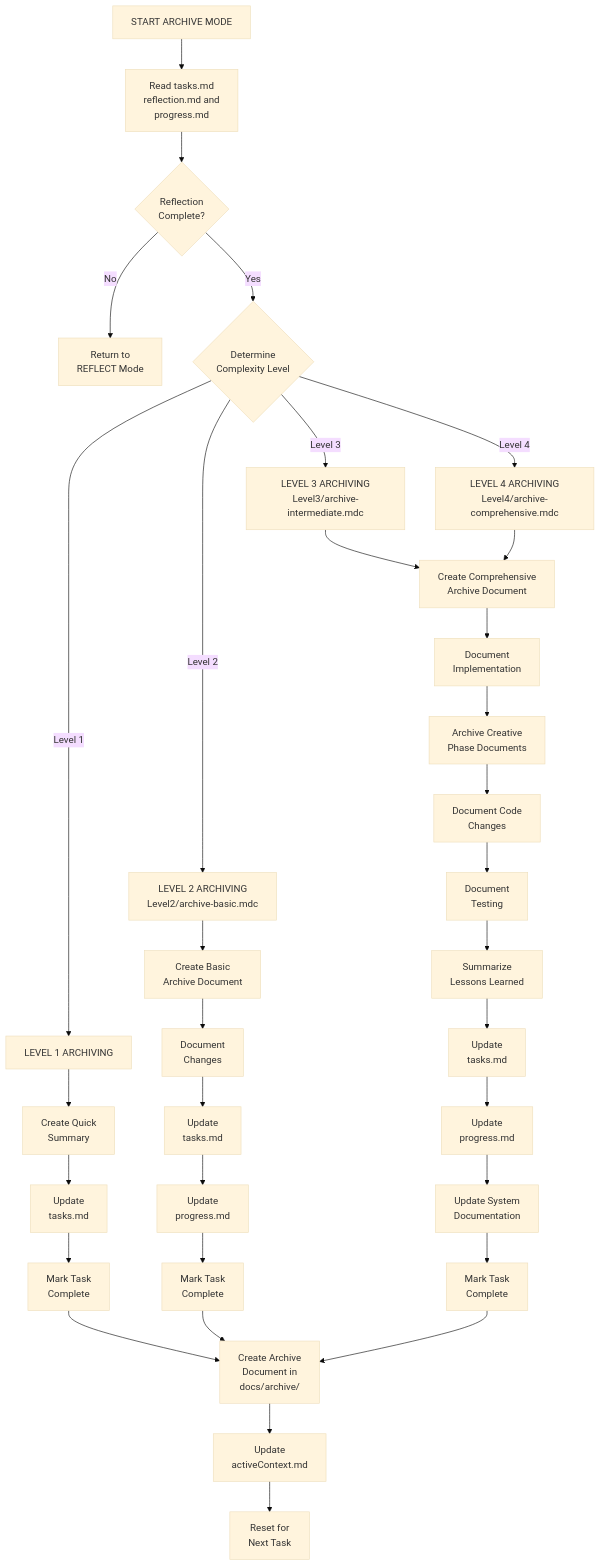
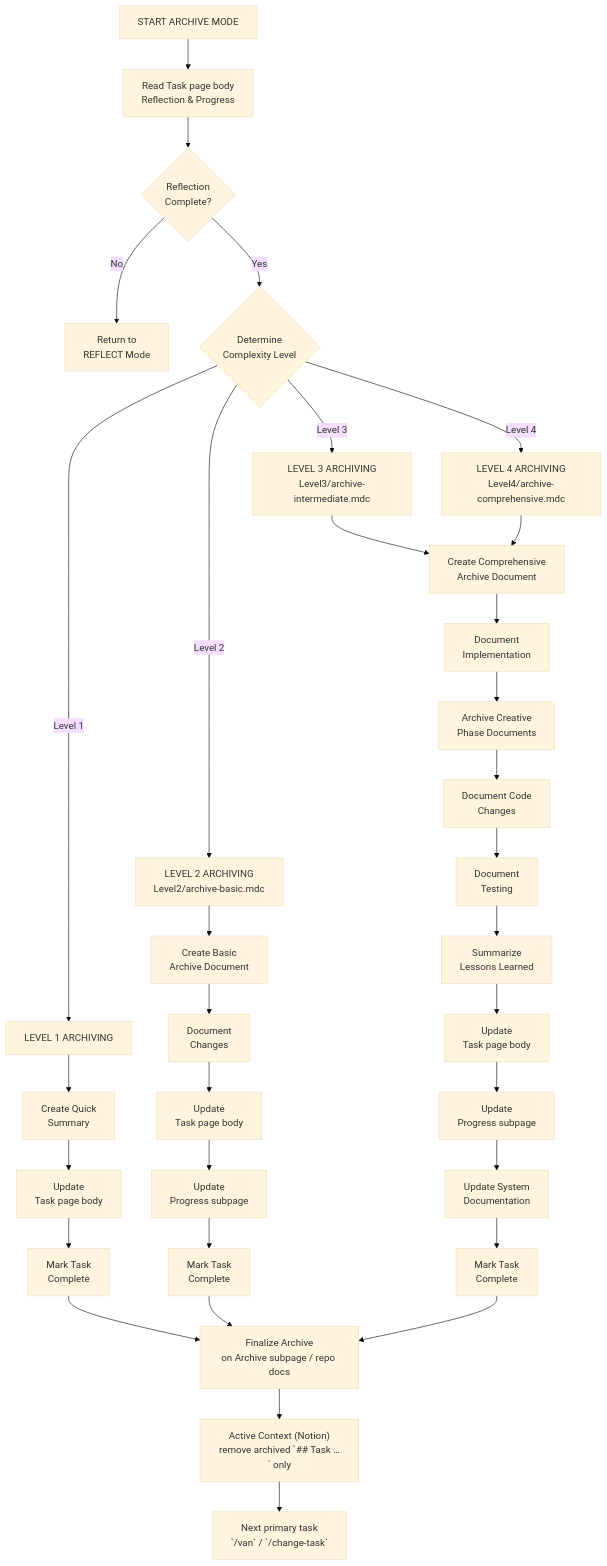
One commit to xianzhu21/cursor-memory-notion changed the first of 5 diagrams in .cursor/rules/isolation_rules/visual-maps/archive-mode-map.mdc. Above: the diagram before and after it, drawn with Mermaid (base theme). The commit also changed other lines of this file and 37 other files, not shown here.

````diff
--- a/.cursor/rules/isolation_rules/visual-maps/archive-mode-map.mdc
+++ b/.cursor/rules/isolation_rules/visual-maps/archive-mode-map.mdc
@@ -13,44 +17,44 @@
 ```mermaid
 graph TD
-    Start["START ARCHIVE MODE"] --> ReadTasks["Read tasks.md<br>reflection.md and<br>progress.md"]
+    Start["START ARCHIVE MODE"] --> ReadTasks["Read Task page body<br>Reflection & Progress"]
     
     %% Initial Assessment
     ReadTasks --> VerifyReflect{"Reflection<br>Complete?"}
     VerifyReflect -->|"No"| ReturnReflect["Return to<br>REFLECT Mode"]
     VerifyReflect -->|"Yes"| AssessLevel{"Determine<br>Complexity Level"}
     
     %% Level-Based Archiving
     AssessLevel -->|"Level 1"| L1Archive["LEVEL 1 ARCHIVING"]
     AssessLevel -->|"Level 2"| L2Archive["LEVEL 2 ARCHIVING<br>Level2/archive-basic.mdc"]
     AssessLevel -->|"Level 3"| L3Archive["LEVEL 3 ARCHIVING<br>Level3/archive-intermediate.mdc"]
     AssessLevel -->|"Level 4"| L4Archive["LEVEL 4 ARCHIVING<br>Level4/archive-comprehensive.mdc"]
     
     %% Level 1 Archiving (Minimal)
     L1Archive --> L1Summary["Create Quick<br>Summary"]
-    L1Summary --> L1Task["Update<br>tasks.md"]
+    L1Summary --> L1Task["Update<br>Task page body"]
     L1Task --> L1Complete["Mark Task<br>Complete"]
     
     %% Level 2 Archiving (Basic)
     L2Archive --> L2Summary["Create Basic<br>Archive Document"]
     L2Summary --> L2Doc["Document<br>Changes"]
-    L2Doc --> L2Task["Update<br>tasks.md"]
-    L2Task --> L2Progress["Update<br>progress.md"]
+    L2Doc --> L2Task["Update<br>Task page body"]
+    L2Task --> L2Progress["Update<br>Progress subpage"]
     L2Progress --> L2Complete["Mark Task<br>Complete"]
     
     %% Level 3-4 Archiving (Comprehensive)
     L3Archive & L4Archive --> L34Summary["Create Comprehensive<br>Archive Document"]
     L34Summary --> L34Doc["Document<br>Implementation"]
     L34Doc --> L34Creative["Archive Creative<br>Phase Documents"]
     L34Creative --> L34Code["Document Code<br>Changes"]
     L34Code --> L34Test["Document<br>Testing"]
     L34Test --> L34Lessons["Summarize<br>Lessons Learned"]
-    L34Lessons --> L34Task["Update<br>tasks.md"]
-    L34Task --> L34Progress["Update<br>progress.md"]
+    L34Lessons --> L34Task["Update<br>Task page body"]
+    L34Task --> L34Progress["Update<br>Progress subpage"]
     L34Progress --> L34System["Update System<br>Documentation"]
     L34System --> L34Complete["Mark Task<br>Complete"]
     
     %% Completion
-    L1Complete & L2Complete & L34Complete --> CreateArchive["Create Archive<br>Document in<br>docs/archive/"]
-    CreateArchive --> UpdateActive["Update<br>activeContext.md"]
-    UpdateActive --> Reset["Reset for<br>Next Task"]
+    L1Complete & L2Complete & L34Complete --> CreateArchive["Finalize Archive<br>on Archive subpage / repo docs"]
+    CreateArchive --> UpdateActive["Active Context (Notion)<br>remove archived `## Task …` only"]
+    UpdateActive --> Reset["Next primary task<br>`/van` / `/change-task`"]
 ```
````
